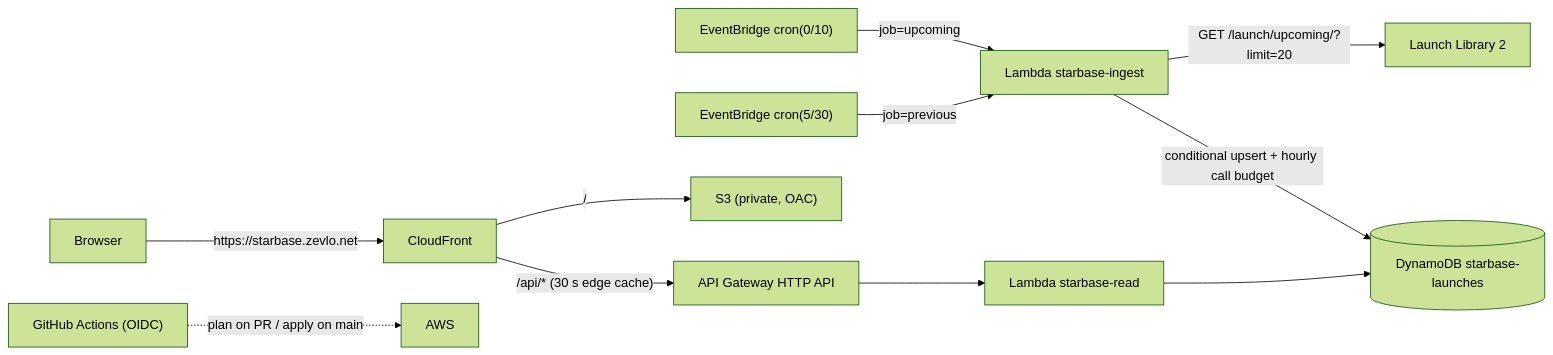
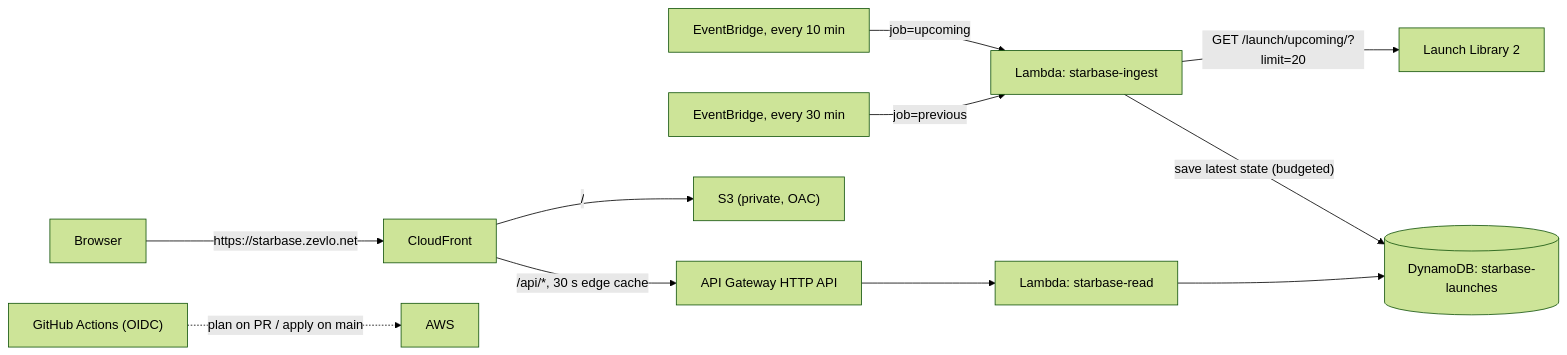
One commit to zevlo/starbase changed the diagram in README.md. Above: the diagram before and after it, drawn with Mermaid (forest theme). The commit also changed other lines of this file, not shown here.

````diff
--- a/README.md
+++ b/README.md
@@ -15,11 +48,11 @@
 ```mermaid
 flowchart LR
-  ruleUp["EventBridge cron(0/10)"] -->|"job=upcoming"| ingest["Lambda starbase-ingest"]
-  rulePrev["EventBridge cron(5/30)"] -->|"job=previous"| ingest
+  ruleUp["EventBridge, every 10 min"] -->|"job=upcoming"| ingest["Lambda: starbase-ingest"]
+  rulePrev["EventBridge, every 30 min"] -->|"job=previous"| ingest
   ingest -->|"GET /launch/upcoming/?limit=20"| ll2["Launch Library 2"]
-  ingest -->|"conditional upsert + hourly call budget"| ddb[("DynamoDB starbase-launches")]
+  ingest -->|"save latest state (budgeted)"| ddb[("DynamoDB: starbase-launches")]
   browser["Browser"] -->|"https://starbase.zevlo.net"| cf["CloudFront"]
   cf -->|"/"| s3["S3 (private, OAC)"]
-  cf -->|"/api/* (30 s edge cache)"| apigw["API Gateway HTTP API"] --> readfn["Lambda starbase-read"] --> ddb
+  cf -->|"/api/*, 30 s edge cache"| apigw["API Gateway HTTP API"] --> readfn["Lambda: starbase-read"] --> ddb
   gha["GitHub Actions (OIDC)"] -.->|"plan on PR / apply on main"| aws["AWS"]
 ```
````
